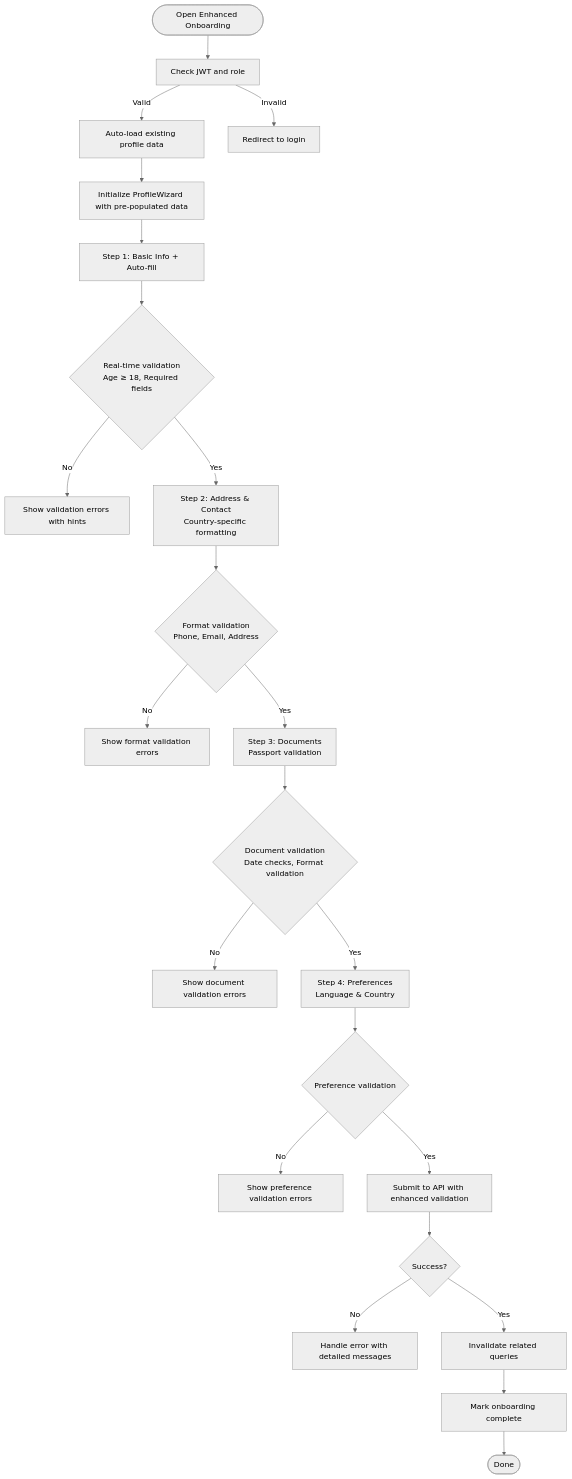
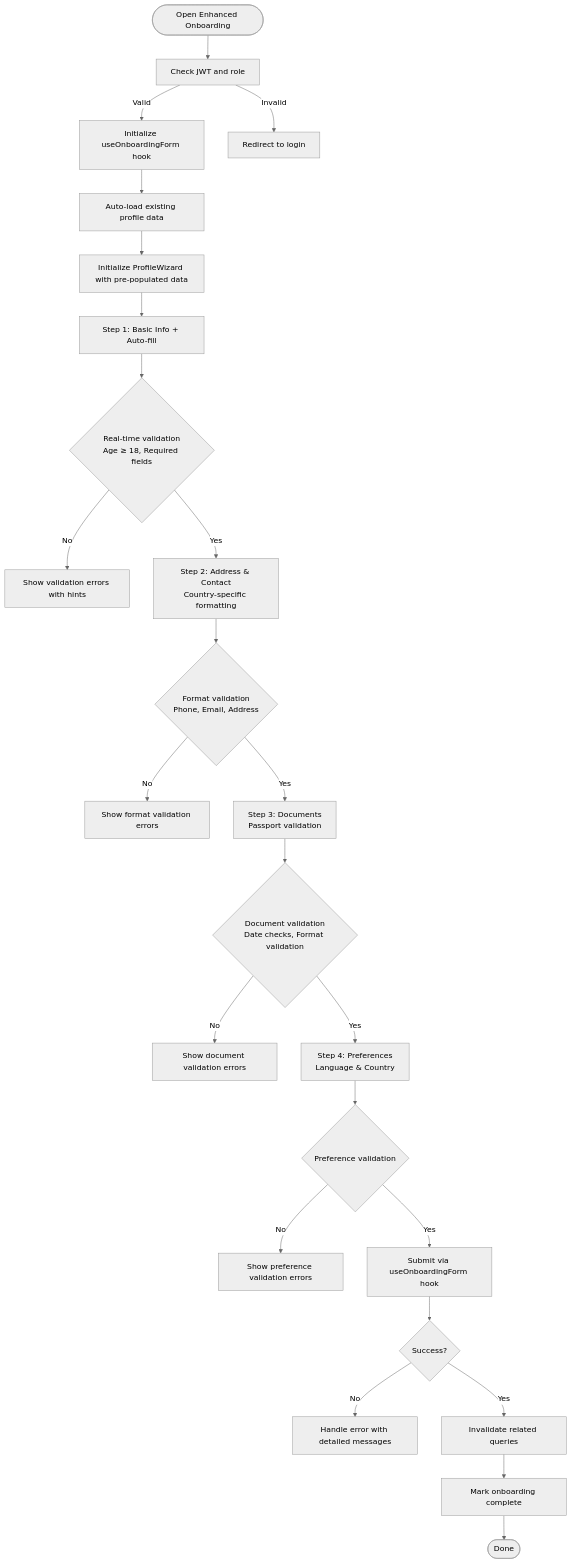
Before and after one commit to RobertRuas/windlog: the third of 6 diagrams in .qoder/repowiki/en/content/Arquitetura Backend/Sistema Obrigatório de Onboarding.md, drawn with Mermaid (neutral theme). The commit also changed other lines of this file and 105 other files, not shown here.

````diff
--- a/.qoder/repowiki/en/content/Arquitetura Backend/Sistema Obrigatório de Onboarding.md
+++ b/.qoder/repowiki/en/content/Arquitetura Backend/Sistema Obrigatório de Onboarding.md
@@ -222,25 +256,26 @@
 ```mermaid
 flowchart TD
 Start(["Open Enhanced Onboarding"]) --> CheckAuth["Check JWT and role"]
-CheckAuth --> |Valid| AutoLoad["Auto-load existing profile data"]
+CheckAuth --> |Valid| InitHook["Initialize useOnboardingForm hook"]
 CheckAuth --> |Invalid| Redirect["Redirect to login"]
+InitHook --> AutoLoad["Auto-load existing profile data"]
 AutoLoad --> LoadWizard["Initialize ProfileWizard with pre-populated data"]
 LoadWizard --> Step1["Step 1: Basic Info + Auto-fill"]
 Step1 --> Validate1{"Real-time validation<br/>Age ≥ 18, Required fields"}
 Validate1 --> |No| Error1["Show validation errors with hints"]
 Validate1 --> |Yes| Step2["Step 2: Address & Contact<br/>Country-specific formatting"]
 Step2 --> Validate2{"Format validation<br/>Phone, Email, Address"}
 Validate2 --> |No| Error2["Show format validation errors"]
 Validate2 --> |Yes| Step3["Step 3: Documents<br/>Passport validation"]
 Step3 --> Validate3{"Document validation<br/>Date checks, Format validation"}
 Validate3 --> |No| Error3["Show document validation errors"]
 Validate3 --> |Yes| Step4["Step 4: Preferences<br/>Language & Country"]
 Step4 --> Validate4{"Preference validation"}
 Validate4 --> |No| Error4["Show preference validation errors"]
-Validate4 --> |Yes| Submit["Submit to API with enhanced validation"]
+Validate4 --> |Yes| Submit["Submit via useOnboardingForm hook"]
 Submit --> Success{"Success?"}
 Success --> |No| HandleError["Handle error with detailed messages"]
 Success --> |Yes| Invalidate["Invalidate related queries"]
 Invalidate --> Complete["Mark onboarding complete"]
 Complete --> End(["Done"])
 ```
````
